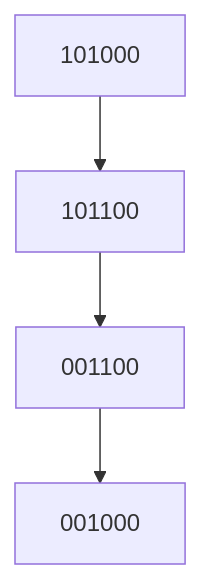
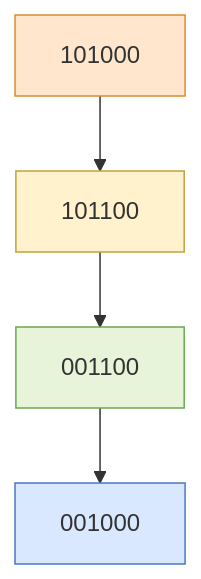
One commit to sciganec/subit-atlas changed the eighth of 8 diagrams in whitepaper/Whitepaper‑Figures.mmd. Above: the diagram before and after it, drawn with Mermaid. The commit also changed other lines of this file, not shown here.

````diff
--- a/whitepaper/Whitepaper‑Figures.mmd
+++ b/whitepaper/Whitepaper‑Figures.mmd
@@ -123,4 +196,9 @@
 ```mermaid
 graph TD
     S1["101000"] --> S2["101100"] --> S3["001100"] --> S4["001000"]
+
+    style S1 fill:#ffe6cc,stroke:#d98c2c
+    style S2 fill:#fff2cc,stroke:#c2a23a
+    style S3 fill:#e8f4d9,stroke:#6aa84f
+    style S4 fill:#d9e8ff,stroke:#4a78c2
 ```
````
